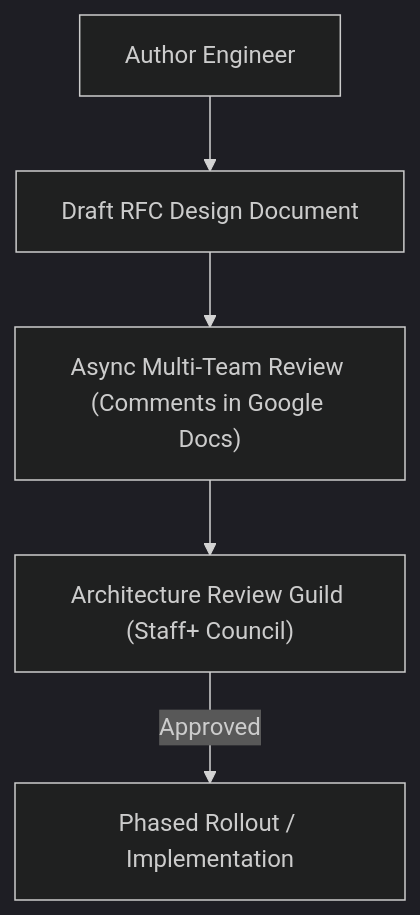
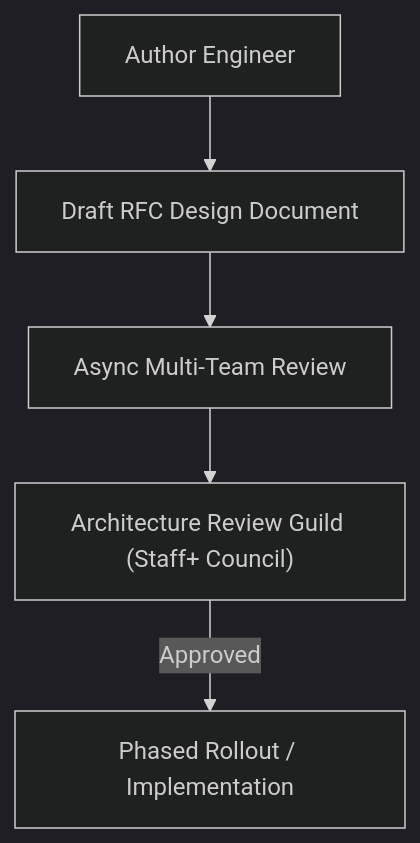
One commit to Sourav108/strivers-lld changed the diagram in strivers-hld/16-Org-Level-Platform-Thinking-and-Communication/case-study.md. Above: the diagram before and after it, drawn with Mermaid (dark theme). The commit also changed 39 other files, not shown here.

Commit message:
fix(mermaid): wrap node labels, simplify diamonds, and reformat wide diagrams for perfect GitHub rendering

````diff
--- a/strivers-hld/16-Org-Level-Platform-Thinking-and-Communication/case-study.md
+++ b/strivers-hld/16-Org-Level-Platform-Thinking-and-Communication/case-study.md
@@ -7,7 +7,7 @@
 ```mermaid
 flowchart TD
     Engineer["Author Engineer"] --> RFC["Draft RFC Design Document"]
-    RFC --> AsyncReview["Async Multi-Team Review (Comments in Google Docs)"]
+    RFC --> AsyncReview["Async Multi-Team Review"]
     AsyncReview --> ArchGuild["Architecture Review Guild (Staff+ Council)"]
     ArchGuild -->|Approved| Implementation["Phased Rollout / Implementation"]
 ```
````
